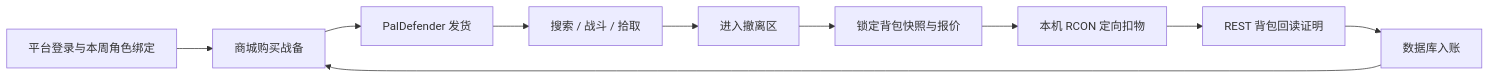
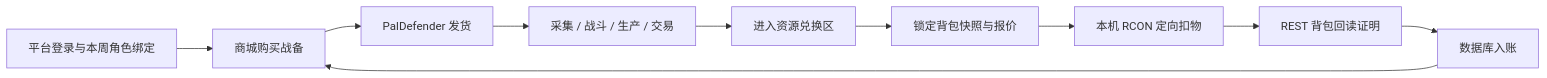
One commit to newonei/pal-control changed the first of 2 diagrams in extraction-mode/docs/00-MVP玩法与架构.md. Above: the diagram before and after it, drawn with Mermaid. The commit also changed other lines of this file and 47 other files, not shown here.

````diff
--- a/extraction-mode/docs/00-MVP玩法与架构.md
+++ b/extraction-mode/docs/00-MVP玩法与架构.md
@@ -34,12 +34,12 @@
 ```mermaid
 flowchart LR
     Login["平台登录与本周角色绑定"] --> Buy["商城购买战备"]
     Buy --> Grant["PalDefender 发货"]
-    Grant --> Raid["搜索 / 战斗 / 拾取"]
-    Raid --> Zone["进入撤离区"]
+    Grant --> Gather["采集 / 战斗 / 生产 / 交易"]
+    Gather --> Zone["进入资源兑换区"]
     Zone --> Quote["锁定背包快照与报价"]
     Quote --> Consume["本机 RCON 定向扣物"]
     Consume --> Verify["REST 背包回读证明"]
     Verify --> Credit["数据库入账"]
     Credit --> Buy
 ```
````
